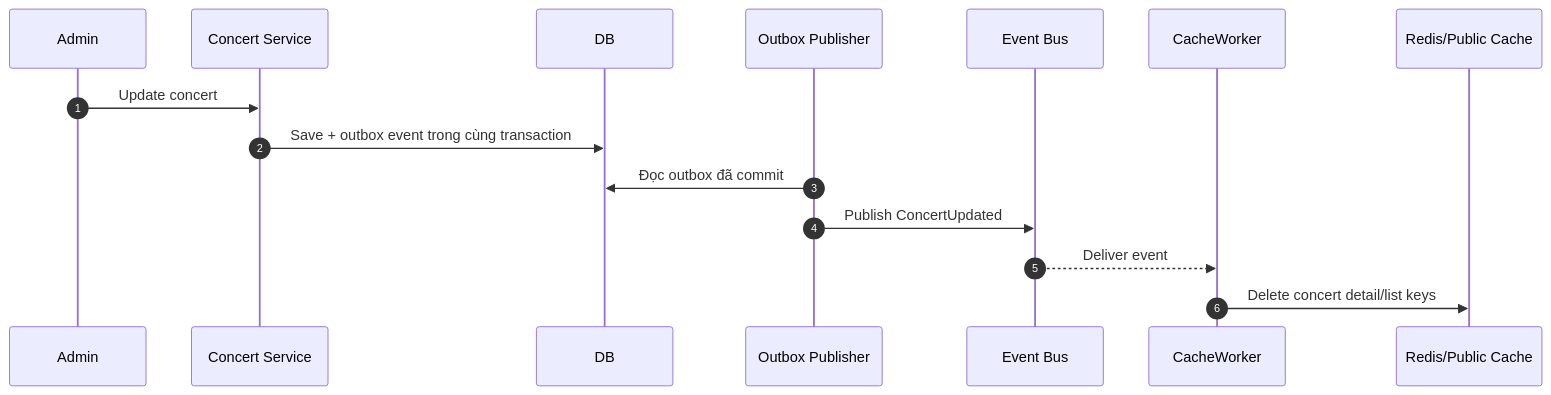
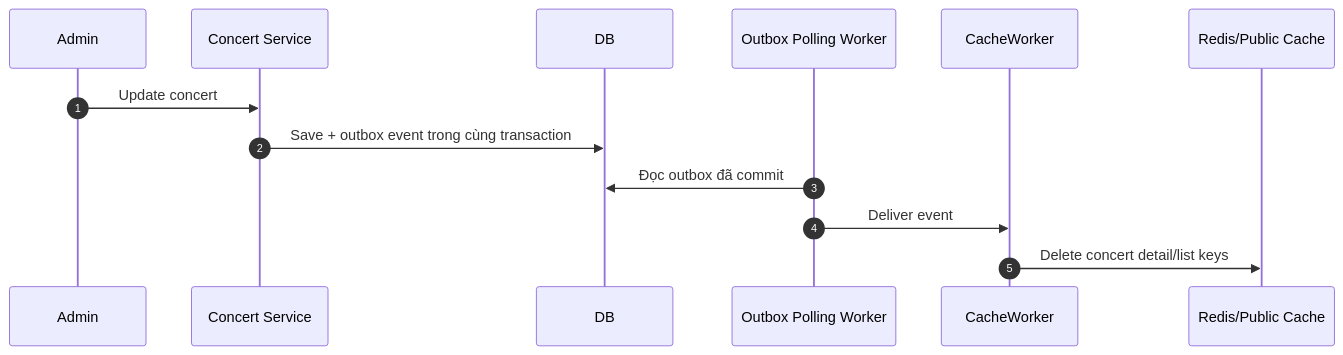
Before and after one commit to Toanapr/ticket-box: the fifth of 7 diagrams in blueprint/07-protection-mechanisms.md, drawn with Mermaid. The commit also changed other lines of this file and 16 other files, not shown here.

````diff
--- a/blueprint/07-protection-mechanisms.md
+++ b/blueprint/07-protection-mechanisms.md
@@ -190,18 +190,16 @@
 ```mermaid
 sequenceDiagram
     autonumber
     participant Admin
     participant Concert as Concert Service
     participant DB
-    participant Outbox as Outbox Publisher
-    participant Bus as Event Bus
+    participant OutboxWorker as Outbox Polling Worker
     participant CacheWorker
     participant Cache as Redis/Public Cache
 
     Admin->>Concert: Update concert
     Concert->>DB: Save + outbox event trong cùng transaction
-    Outbox->>DB: Đọc outbox đã commit
-    Outbox->>Bus: Publish ConcertUpdated
-    Bus-->>CacheWorker: Deliver event
+    OutboxWorker->>DB: Đọc outbox đã commit
+    OutboxWorker->>CacheWorker: Deliver event
     CacheWorker->>Cache: Delete concert detail/list keys
 ```
````
